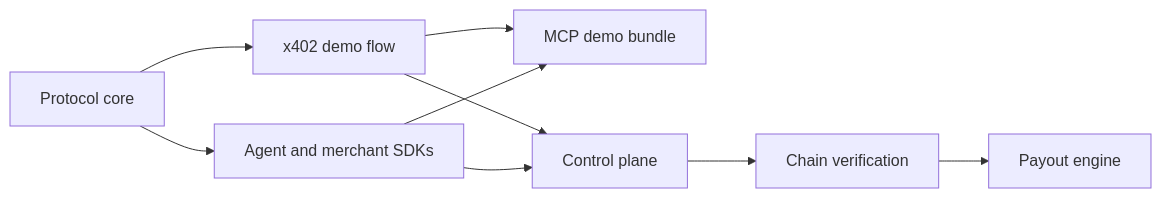
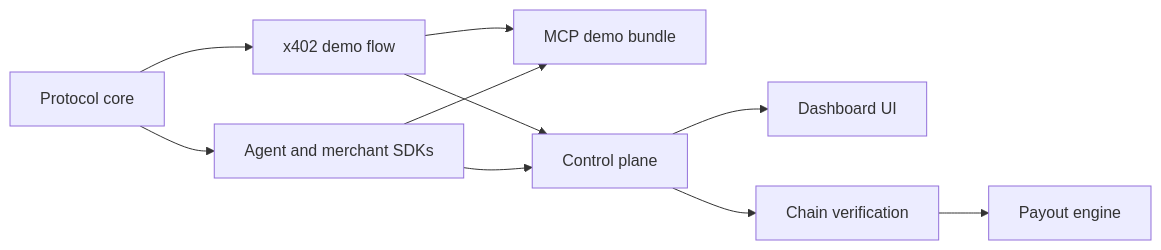
One commit to split402protocol/splitx402 changed the diagram in docs/CURRENT_STATE.md. Above: the diagram before and after it, drawn with Mermaid. The commit also changed other lines of this file and 15 other files, not shown here.

````diff
--- a/docs/CURRENT_STATE.md
+++ b/docs/CURRENT_STATE.md
@@ -14,19 +14,21 @@
 ```mermaid
 flowchart LR
   Protocol["Protocol core"]
   Demo["x402 demo flow"]
   SDKs["Agent and merchant SDKs"]
   Mcp["MCP demo bundle"]
+  Dashboard["Dashboard UI"]
   Control["Control plane"]
   Verification["Chain verification"]
   Payouts["Payout engine"]
 
   Protocol --> Demo
   Protocol --> SDKs
   Demo --> Control
   Demo --> Mcp
   SDKs --> Control
   SDKs --> Mcp
+  Control --> Dashboard
   Control --> Verification
   Verification --> Payouts
 ```
````
